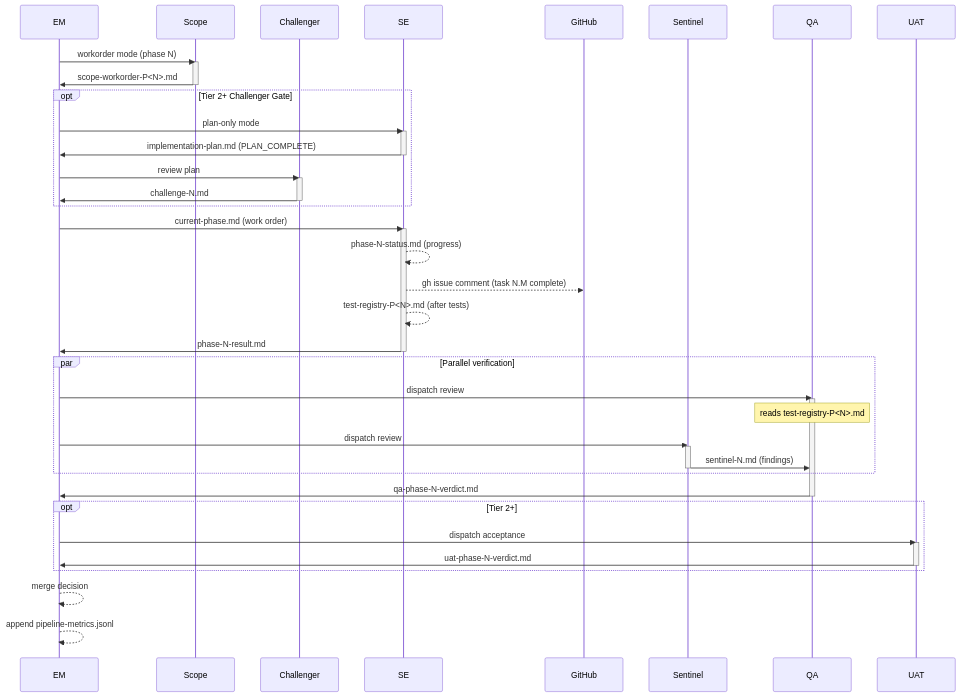
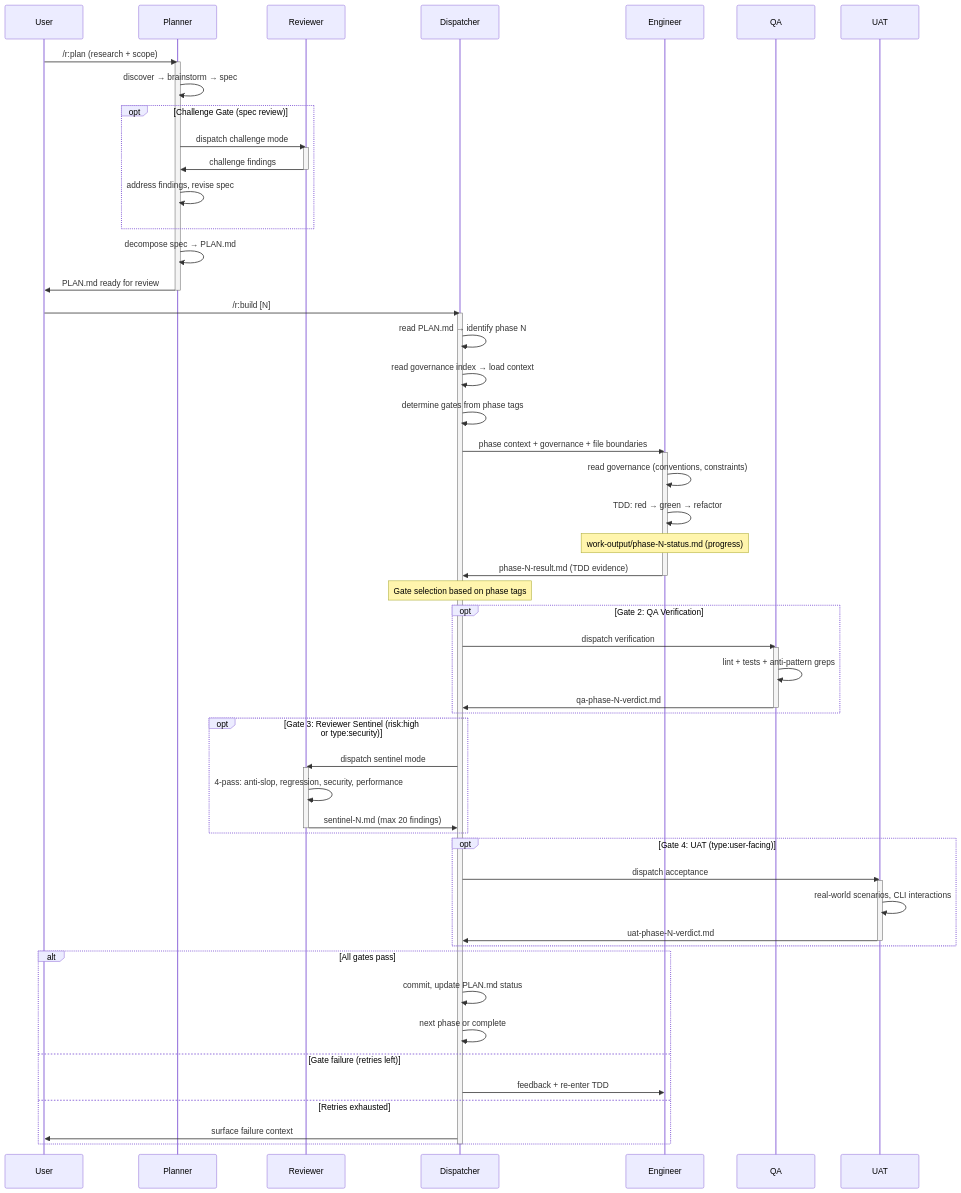
The eighth of 10 diagrams in reference/diagrams.md (rfxn/rdf), drawn with Mermaid before and after one commit. The commit also changed other lines of this file and 3 other files, not shown here.

First line of the commit message:
Update all documentation and diagrams for RDF 3.0

````diff
--- a/reference/diagrams.md
+++ b/reference/diagrams.md
@@ -366,58 +364,77 @@
 ```mermaid
 sequenceDiagram
-    participant EM
-    participant Scope
-    participant Challenger
-    participant SE
-    participant GitHub
-    participant Sentinel
+    participant User
+    participant Planner
+    participant Reviewer
+    participant Dispatcher
+    participant Engineer
     participant QA
     participant UAT
 
-    EM->>Scope: workorder mode (phase N)
-    activate Scope
-    Scope->>EM: scope-workorder-P<N>.md
-    deactivate Scope
+    User->>Planner: /r:plan (research + scope)
+    activate Planner
+    Planner->>Planner: discover → brainstorm → spec
 
-    opt Tier 2+ Challenger Gate
-        EM->>SE: plan-only mode
-        activate SE
-        SE->>EM: implementation-plan.md (PLAN_COMPLETE)
-        deactivate SE
-        EM->>Challenger: review plan
-        activate Challenger
-        Challenger->>EM: challenge-N.md
-        deactivate Challenger
+    opt Challenge Gate (spec review)
+        Planner->>Reviewer: dispatch challenge mode
+        activate Reviewer
+        Reviewer->>Planner: challenge findings
+        deactivate Reviewer
+        Planner->>Planner: address findings, revise spec
     end
 
-    EM->>SE: current-phase.md (work order)
-    activate SE
-    SE-->>SE: phase-N-status.md (progress)
-    SE-->>GitHub: gh issue comment (task N.M complete)
-    SE-->>SE: test-registry-P<N>.md (after tests)
-    SE->>EM: phase-N-result.md
-    deactivate SE
+    Planner->>Planner: decompose spec → PLAN.md
+    Planner->>User: PLAN.md ready for review
+    deactivate Planner
 
-    par Parallel verification
-        EM->>QA: dispatch review
+    User->>Dispatcher: /r:build [N]
+    activate Dispatcher
+    Dispatcher->>Dispatcher: read PLAN.md → identify phase N
+    Dispatcher->>Dispatcher: read governance index → load context
+    Dispatcher->>Dispatcher: determine gates from phase tags
+
+    Dispatcher->>Engineer: phase context + governance + file boundaries
+    activate Engineer
+    Engineer->>Engineer: read governance (conventions, constraints)
+    Engineer->>Engineer: TDD: red → green → refactor
+    Note over Engineer: work-output/phase-N-status.md (progress)
+    Engineer->>Dispatcher: phase-N-result.md (TDD evidence)
+    deactivate Engineer
+
+    Note over Dispatcher: Gate selection based on phase tags
+
+    opt Gate 2: QA Verification
+        Dispatcher->>QA: dispatch verification
         activate QA
-        Note over QA: reads test-registry-P<N>.md
-        EM->>Sentinel: dispatch review
-        activate Sentinel
-        Sentinel->>QA: sentinel-N.md (findings)
-        deactivate Sentinel
+        QA->>QA: lint + tests + anti-pattern greps
+        QA->>Dispatcher: qa-phase-N-verdict.md
+        deactivate QA
     end
 
-    QA->>EM: qa-phase-N-verdict.md
-    deactivate QA
+    opt Gate 3: Reviewer Sentinel (risk:high or type:security)
+        Dispatcher->>Reviewer: dispatch sentinel mode
+        activate Reviewer
+        Reviewer->>Reviewer: 4-pass: anti-slop, regression, security, performance
+        Reviewer->>Dispatcher: sentinel-N.md (max 20 findings)
+        deactivate Reviewer
+    end
 
-    opt Tier 2+
-        EM->>UAT: dispatch acceptance
+    opt Gate 4: UAT (type:user-facing)
+        Dispatcher->>UAT: dispatch acceptance
         activate UAT
-        UAT->>EM: uat-phase-N-verdict.md
+        UAT->>UAT: real-world scenarios, CLI interactions
+        UAT->>Dispatcher: uat-phase-N-verdict.md
         deactivate UAT
     end
 
-    EM-->>EM: merge decision
-    EM-->>EM: append pipeline-metrics.jsonl
+    alt All gates pass
+        Dispatcher->>Dispatcher: commit, update PLAN.md status
+        Dispatcher->>Dispatcher: next phase or complete
+    else Gate failure (retries left)
+        Dispatcher->>Engineer: feedback + re-enter TDD
+    else Retries exhausted
+        Dispatcher->>User: surface failure context
+    end
+
+    deactivate Dispatcher
 ```
````
